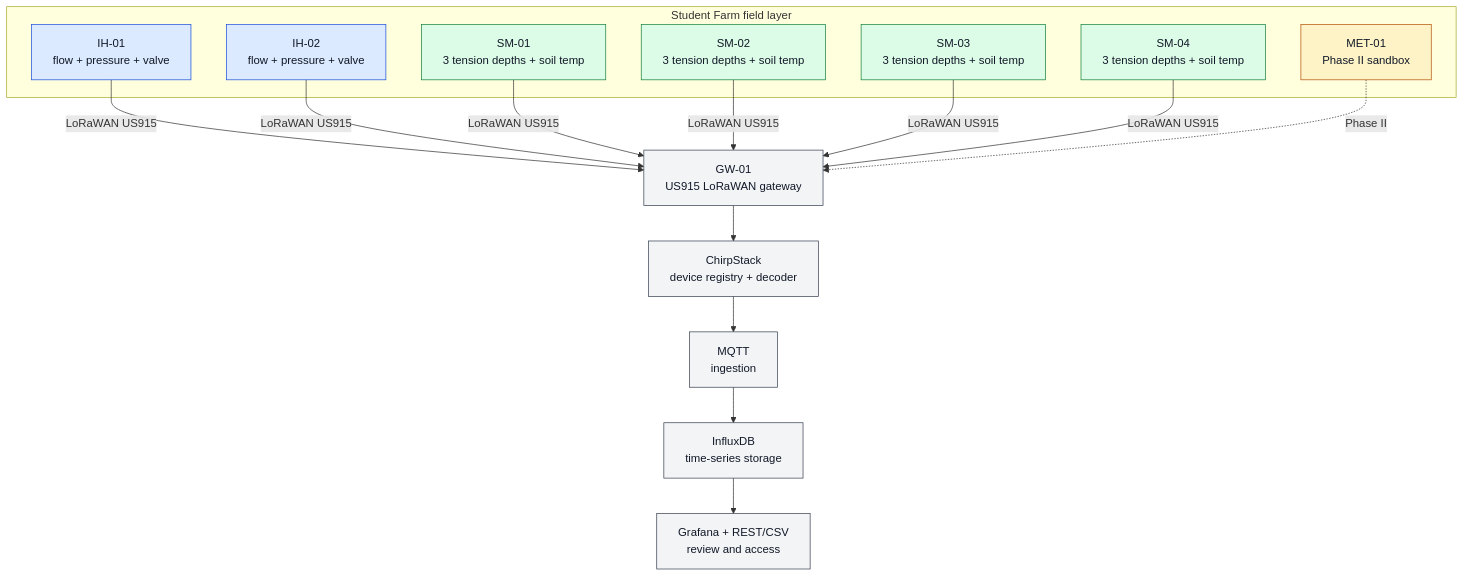
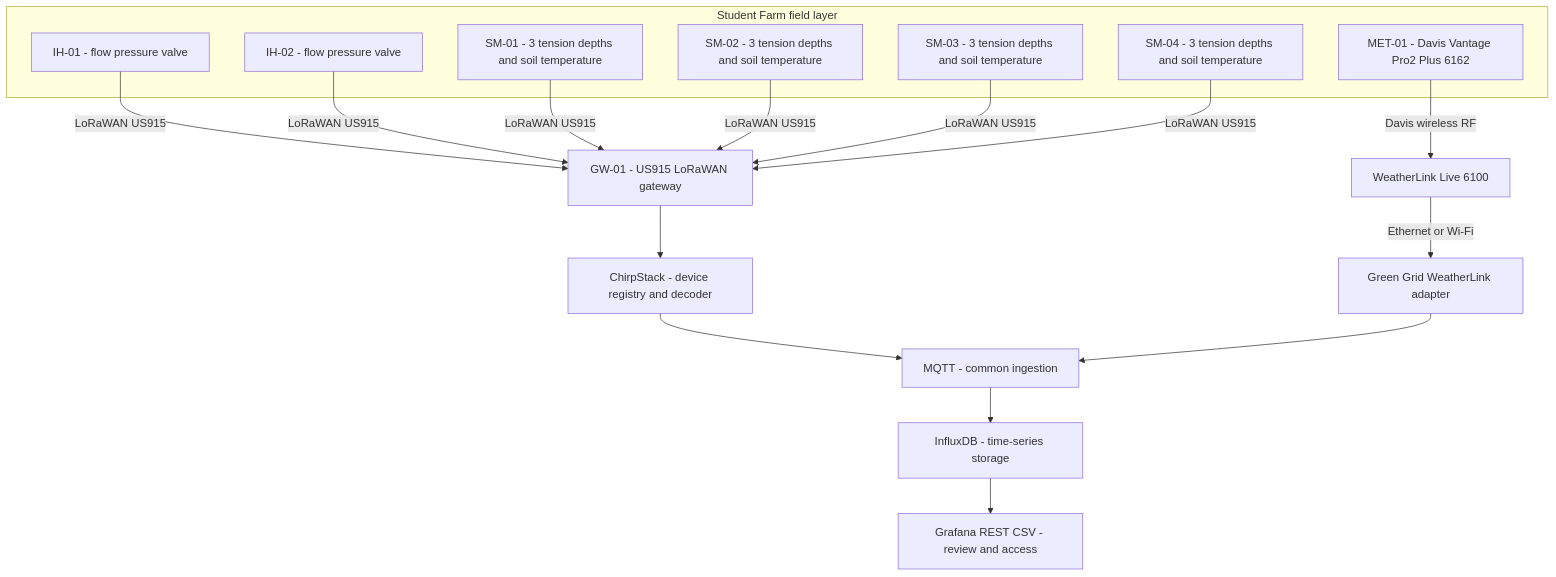
Before and after one commit to tienonic/fieldworks: the diagram in docs/01-architecture/network-overview.mmd, drawn with Mermaid.

Commit message:
Separate Davis MET-01 from LoRaWAN path

```diff
--- a/docs/01-architecture/network-overview.mmd
+++ b/docs/01-architecture/network-overview.mmd
@@ -1,34 +1,34 @@
 flowchart TB
   subgraph FIELD["Student Farm field layer"]
-    IH1["IH-01\nflow + pressure + valve"]
-    IH2["IH-02\nflow + pressure + valve"]
-    SM1["SM-01\n3 tension depths + soil temp"]
-    SM2["SM-02\n3 tension depths + soil temp"]
-    SM3["SM-03\n3 tension depths + soil temp"]
-    SM4["SM-04\n3 tension depths + soil temp"]
-    MET["MET-01\nPhase II sandbox"]
+    IH1["IH-01 - flow pressure valve"]
+    IH2["IH-02 - flow pressure valve"]
+    SM1["SM-01 - 3 tension depths and soil temperature"]
+    SM2["SM-02 - 3 tension depths and soil temperature"]
+    SM3["SM-03 - 3 tension depths and soil temperature"]
+    SM4["SM-04 - 3 tension depths and soil temperature"]
+    MET["MET-01 - Davis Vantage Pro2 Plus 6162"]
   end
 
-  GW["GW-01\nUS915 LoRaWAN gateway"]
-  CS["ChirpStack\ndevice registry + decoder"]
-  MQ["MQTT\ningestion"]
-  DB["InfluxDB\ntime-series storage"]
-  UI["Grafana + REST/CSV\nreview and access"]
+  GW["GW-01 - US915 LoRaWAN gateway"]
+  CS["ChirpStack - device registry and decoder"]
+  WLL["WeatherLink Live 6100"]
+  DAVIS["Green Grid WeatherLink adapter"]
+  MQ["MQTT - common ingestion"]
+  DB["InfluxDB - time-series storage"]
+  UI["Grafana REST CSV - review and access"]
 
   IH1 -->|"LoRaWAN US915"| GW
   IH2 -->|"LoRaWAN US915"| GW
   SM1 -->|"LoRaWAN US915"| GW
   SM2 -->|"LoRaWAN US915"| GW
   SM3 -->|"LoRaWAN US915"| GW
   SM4 -->|"LoRaWAN US915"| GW
-  MET -. "Phase II" .-> GW
-  GW --> CS --> MQ --> DB --> UI
+  GW --> CS
+  CS --> MQ
 
-  classDef irrigation fill:#dbeafe,stroke:#1d4ed8,color:#111827
-  classDef soil fill:#dcfce7,stroke:#15803d,color:#111827
-  classDef met fill:#fef3c7,stroke:#b45309,color:#111827
-  classDef infra fill:#f3f4f6,stroke:#374151,color:#111827
-  class IH1,IH2 irrigation
-  class SM1,SM2,SM3,SM4 soil
-  class MET met
-  class GW,CS,MQ,DB,UI infra
+  MET -->|"Davis wireless RF"| WLL
+  WLL -->|"Ethernet or Wi-Fi"| DAVIS
+  DAVIS --> MQ
+
+  MQ --> DB
+  DB --> UI
```
